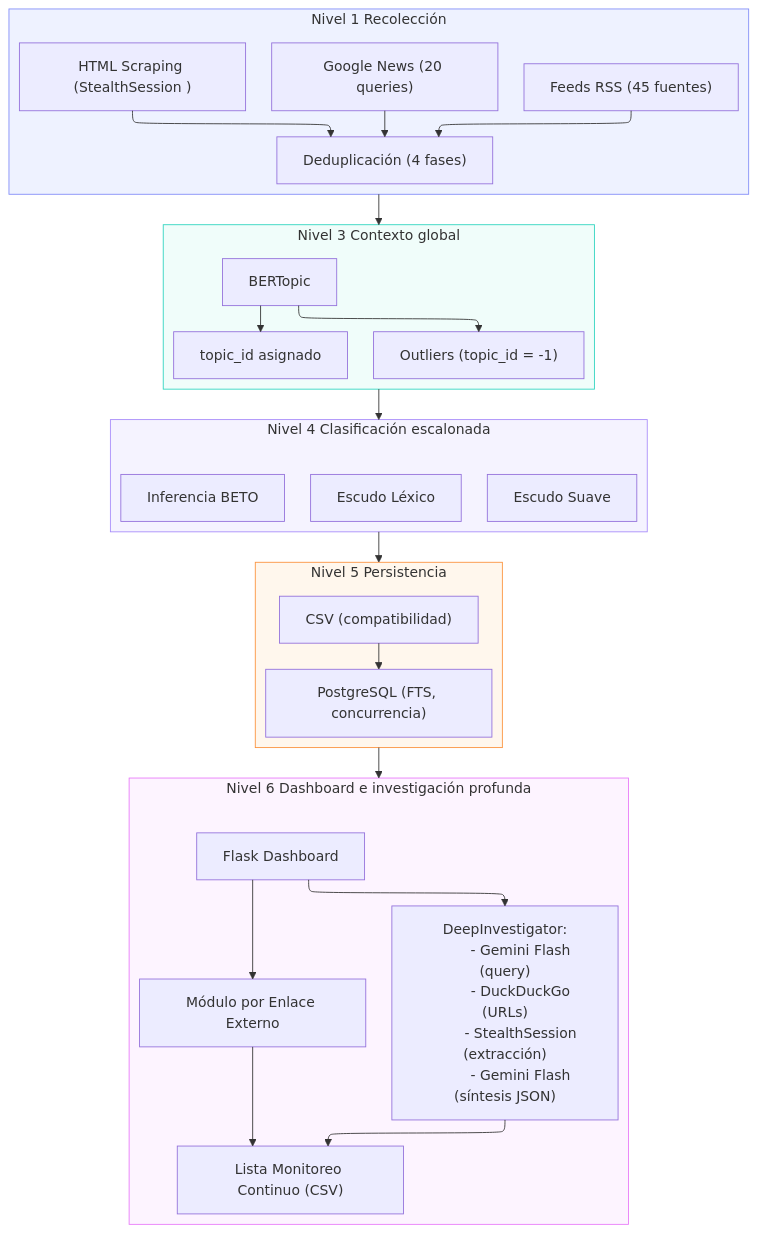
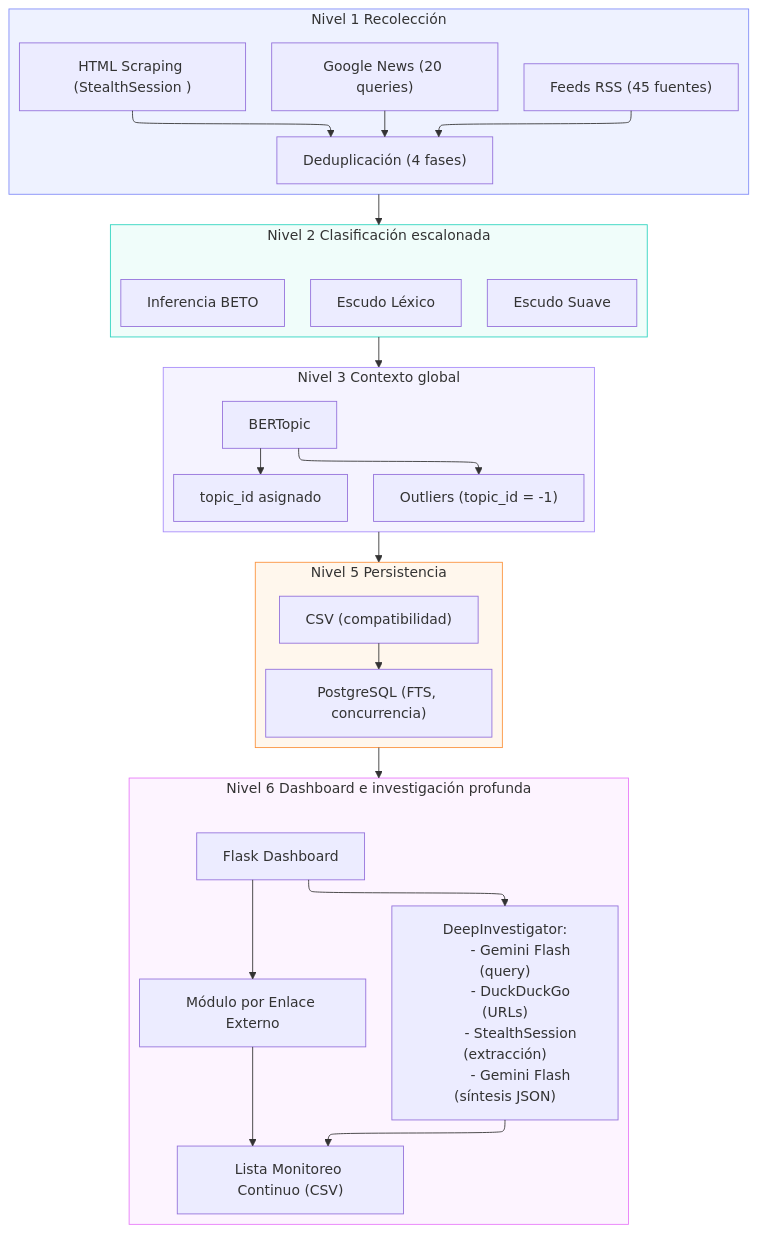
Before and after one commit to hectormrales/TT-Sistema-Inteligente-para-la-Identificaci-n-y-Seguimiento-de-NNA-s: the diagram in Documento Tecnico Final/images/estructura.mmd, drawn with Mermaid. The commit also changed 14 other files, not shown here.

```diff
--- a/Documento Tecnico Final/images/estructura.mmd
+++ b/Documento Tecnico Final/images/estructura.mmd
@@ -1,64 +1,64 @@
 ---
 config:
   layout: elk
 ---
 graph TD
     subgraph N1["Nivel 1 Recolección"]
         A1["Feeds RSS (45 fuentes)"]
         A2["Google News (20 queries)"]
         A3["HTML Scraping (StealthSession )"]
         A4["Deduplicación (4 fases)"]
         A1 --> A4
         A2 --> A4
         A3 --> A4
     end
 
-    subgraph N2["Nivel 3 Contexto global"]
+    subgraph N3["Nivel 3 Contexto global"]
         C1["BERTopic"]
         C2["topic_id asignado"]
         C3["Outliers (topic_id = -1)"]
         C1 --> C2
         C1 --> C3
     end
 
-    subgraph N3["Nivel 4 Clasificación escalonada"]
+    subgraph N2["Nivel 2 Clasificación escalonada"]
         D1["Escudo Léxico"]
         D2["Escudo Suave"]
         D3["Inferencia BETO"]
     end
 
     subgraph N4["Nivel 5 Persistencia"]
         E1["CSV (compatibilidad)"]
         E2["PostgreSQL (FTS, concurrencia)"]
         E1 --> E2
     end
 
     subgraph N5["Nivel 6 Dashboard e investigación profunda"]
         F1["Flask Dashboard"]
         F2["DeepInvestigator:
         - Gemini Flash (query)
         - DuckDuckGo (URLs)
         - StealthSession (extracción)
         - Gemini Flash (síntesis JSON)"]
         F3["Módulo por Enlace Externo"]
         F4["Lista Monitoreo Continuo (CSV)"]
         F1 --> F2 --> F4
         F1 --> F3 --> F4
     end
 
     %% Conexiones entre niveles
     N1 --> N2 --> N3 --> N4 --> N5
 
     classDef level1 stroke:#818cf8,fill:#eef2ff
     classDef level2 stroke:#2dd4bf,fill:#f0fdfa
     classDef level3 stroke:#a78bfa,fill:#f5f3ff
     classDef level4 stroke:#fb923c,fill:#fff7ed
     classDef level5 stroke:#e879f9,fill:#fdf4ff
     classDef level6 stroke:#22d3ee,fill:#ecfeff
 
     class N1 level1
     class N2 level2
     class N3 level3
     class N4 level4
     class N5 level5
     class N6 level6
```
